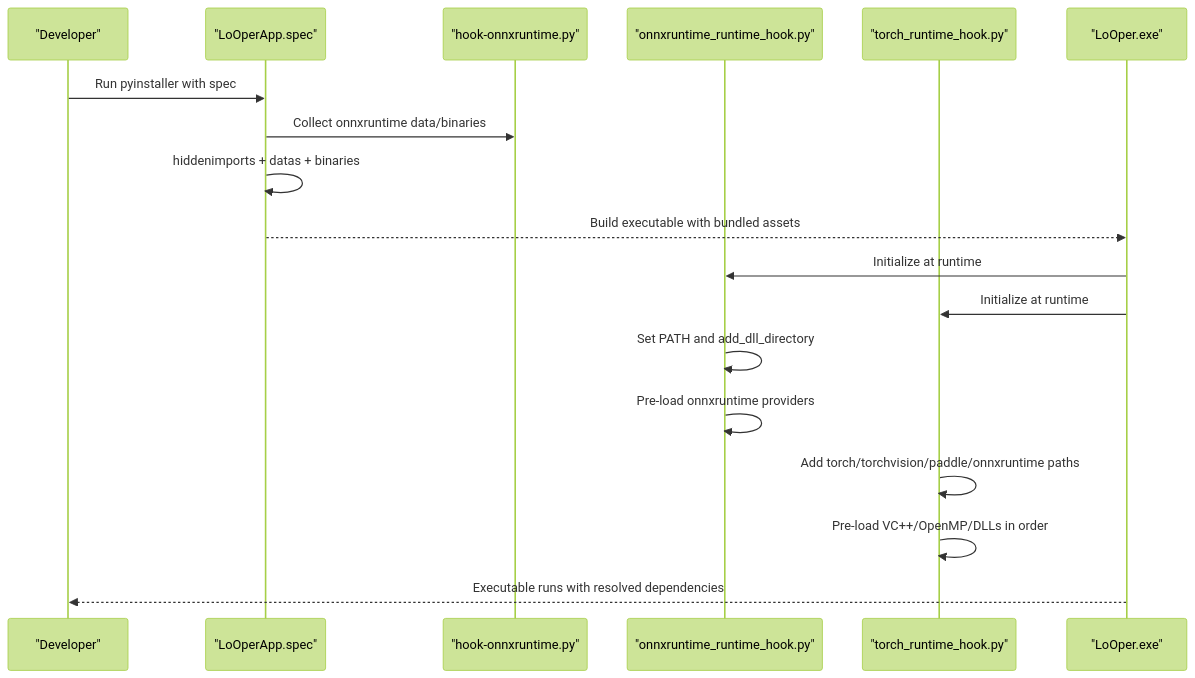
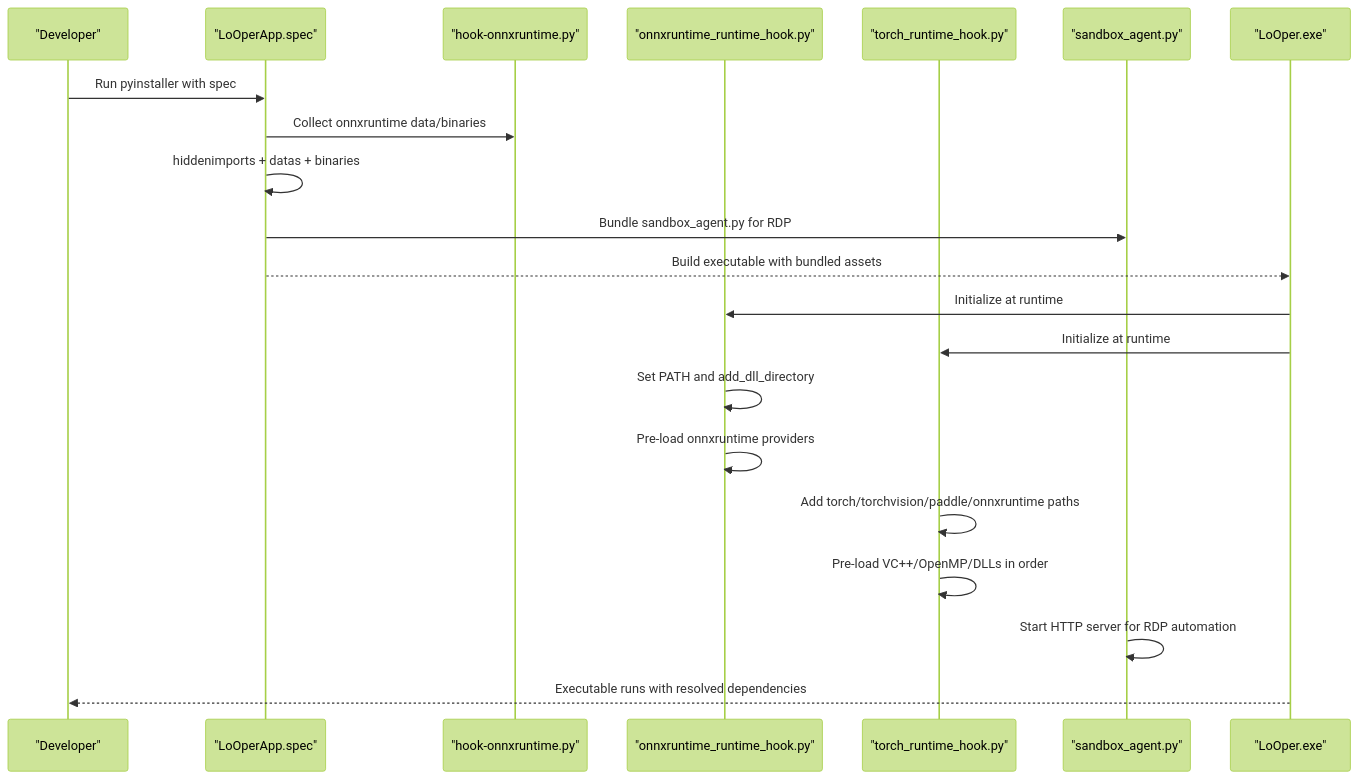
One commit to RodrigoBenitez343/Arrow changed the second of 12 diagrams in .qoder/repowiki/en/content/Packaging and Distribution/PyInstaller Configuration.md. Above: the diagram before and after it, drawn with Mermaid (forest theme). The commit also changed other lines of this file and 53 other files, not shown here.

````diff
--- a/.qoder/repowiki/en/content/Packaging and Distribution/PyInstaller Configuration.md
+++ b/.qoder/repowiki/en/content/Packaging and Distribution/PyInstaller Configuration.md
@@ -84,20 +99,23 @@
 ```mermaid
 sequenceDiagram
 participant Dev as "Developer"
 participant Spec as "LoOperApp.spec"
 participant HookONNX as "hook-onnxruntime.py"
 participant HookORT as "onnxruntime_runtime_hook.py"
 participant HookTorch as "torch_runtime_hook.py"
+participant Sandbox as "sandbox_agent.py"
 participant Exec as "LoOper.exe"
 Dev->>Spec : Run pyinstaller with spec
 Spec->>HookONNX : Collect onnxruntime data/binaries
 Spec->>Spec : hiddenimports + datas + binaries
+Spec->>Sandbox : Bundle sandbox_agent.py for RDP
 Spec-->>Exec : Build executable with bundled assets
 Exec->>HookORT : Initialize at runtime
 Exec->>HookTorch : Initialize at runtime
 HookORT->>HookORT : Set PATH and add_dll_directory
 HookORT->>HookORT : Pre-load onnxruntime providers
 HookTorch->>HookTorch : Add torch/torchvision/paddle/onnxruntime paths
 HookTorch->>HookTorch : Pre-load VC++/OpenMP/DLLs in order
+Sandbox->>Sandbox : Start HTTP server for RDP automation
 Exec-->>Dev : Executable runs with resolved dependencies
 ```
````
